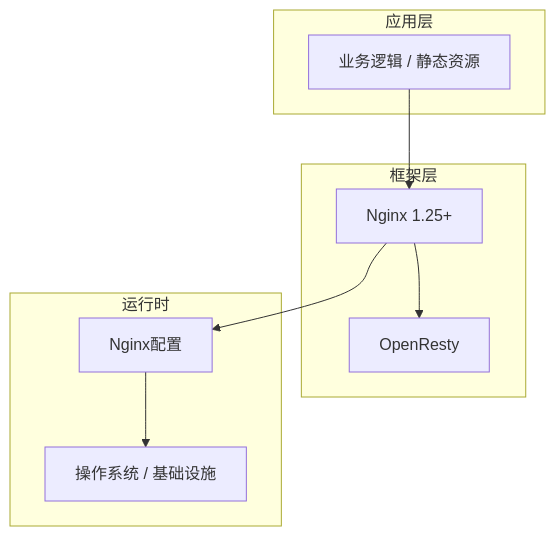
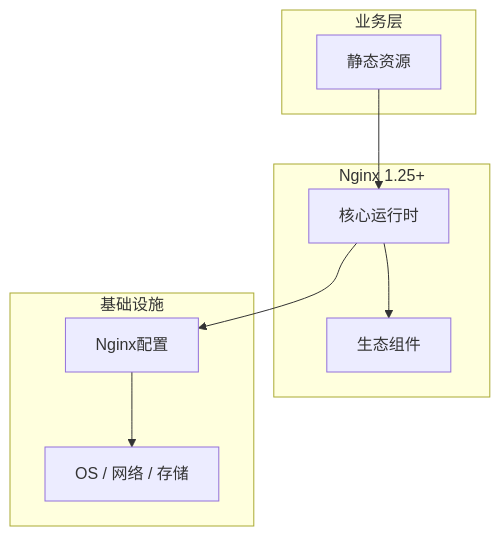
The diagram in articles/Nginx/chapters/036-静态资源核心概念与原理.md (yanggan2015/knowledge-json-v2), drawn with Mermaid before and after one commit. The commit also changed other lines of this file and 10127 other files, not shown here.

````diff
--- a/articles/Nginx/chapters/036-静态资源核心概念与原理.md
+++ b/articles/Nginx/chapters/036-静态资源核心概念与原理.md
@@ -45,18 +34,18 @@
 ```mermaid
 graph TB
-    subgraph 应用层
-        A[业务逻辑 / 静态资源]
+    subgraph 业务层
+        A[静态资源]
     end
-    subgraph 框架层
-        B[Nginx 1.25+]
-        C[OpenResty]
+    subgraph Nginx 1.25+
+        B[核心运行时]
+        C[生态组件]
     end
-    subgraph 运行时
+    subgraph 基础设施
         D[Nginx配置]
-        E[操作系统 / 基础设施]
+        E[OS / 网络 / 存储]
     end
     A --> B
     B --> C
     B --> D
     D --> E
 ```
````
